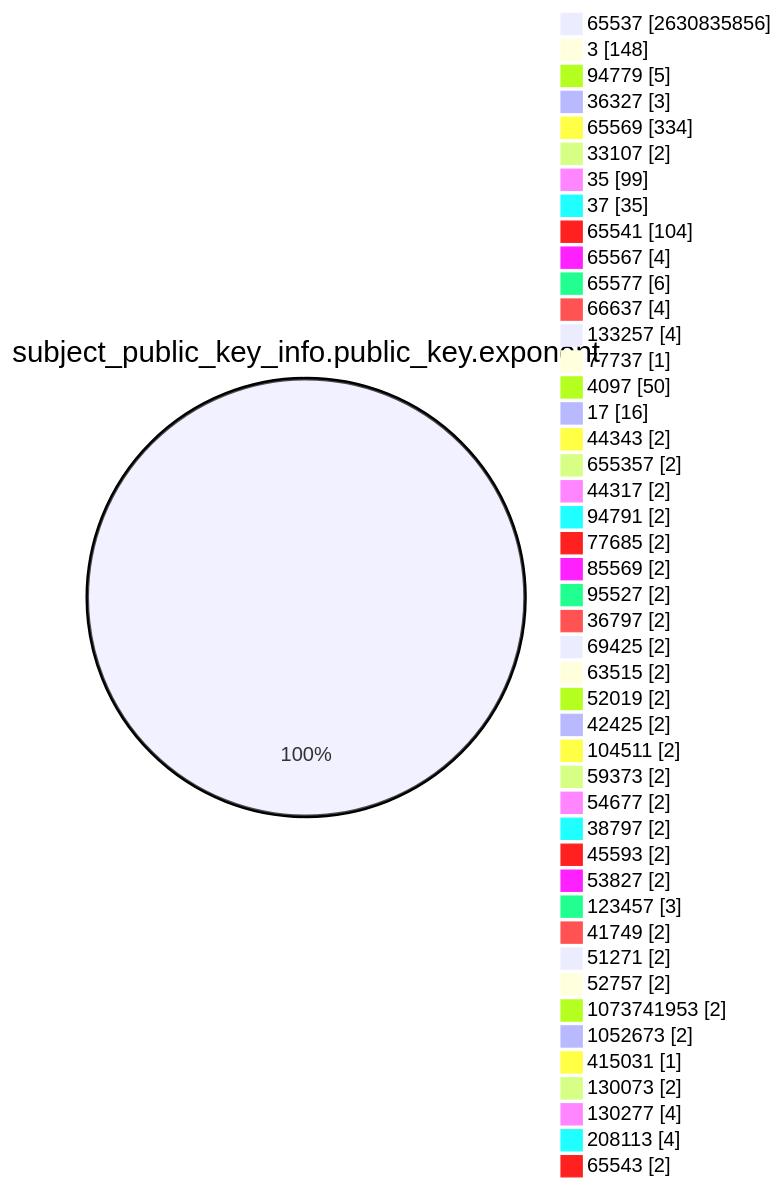
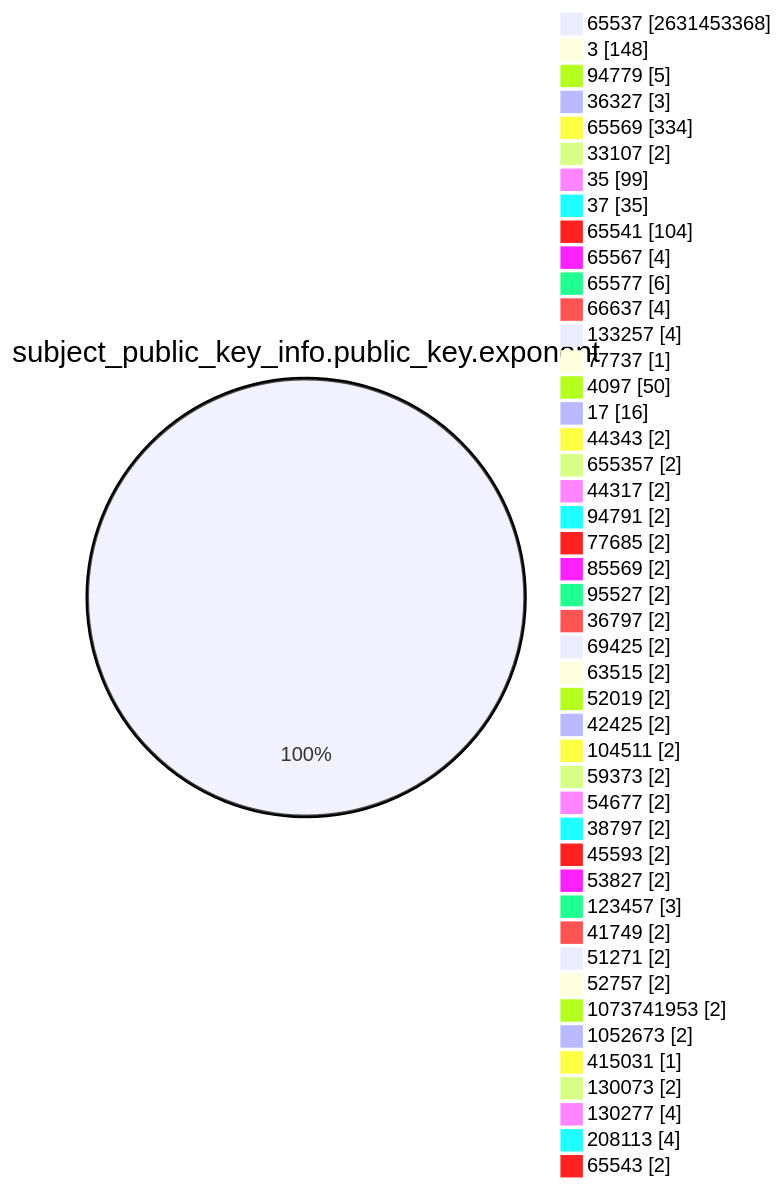
The fourth of 15 diagrams in TOTAL/README.md (christiankrug/ctmonitor_visualization), drawn with Mermaid before and after one commit. The commit also changed other lines of this file, not shown here.

````diff
--- a/TOTAL/README.md
+++ b/TOTAL/README.md
@@ -1466,49 +1466,49 @@
 ```mermaid
 pie showData
 title subject_public_key_info.public_key.exponent
-"65537" :2630835856
+"65537" :2631453368
 "3" :148
 "94779" :5
 "36327" :3
 "65569" :334
 "33107" :2
 "35" :99
 "37" :35
 "65541" :104
 "65567" :4
 "65577" :6
 "66637" :4
 "133257" :4
 "77737" :1
 "4097" :50
 "17" :16
 "44343" :2
 "655357" :2
 "44317" :2
 "94791" :2
 "77685" :2
 "85569" :2
 "95527" :2
 "36797" :2
 "69425" :2
 "63515" :2
 "52019" :2
 "42425" :2
 "104511" :2
 "59373" :2
 "54677" :2
 "38797" :2
 "45593" :2
 "53827" :2
 "123457" :3
 "41749" :2
 "51271" :2
 "52757" :2
 "1073741953" :2
 "1052673" :2
 "415031" :1
 "130073" :2
 "130277" :4
 "208113" :4
 "65543" :2
 ```
````
